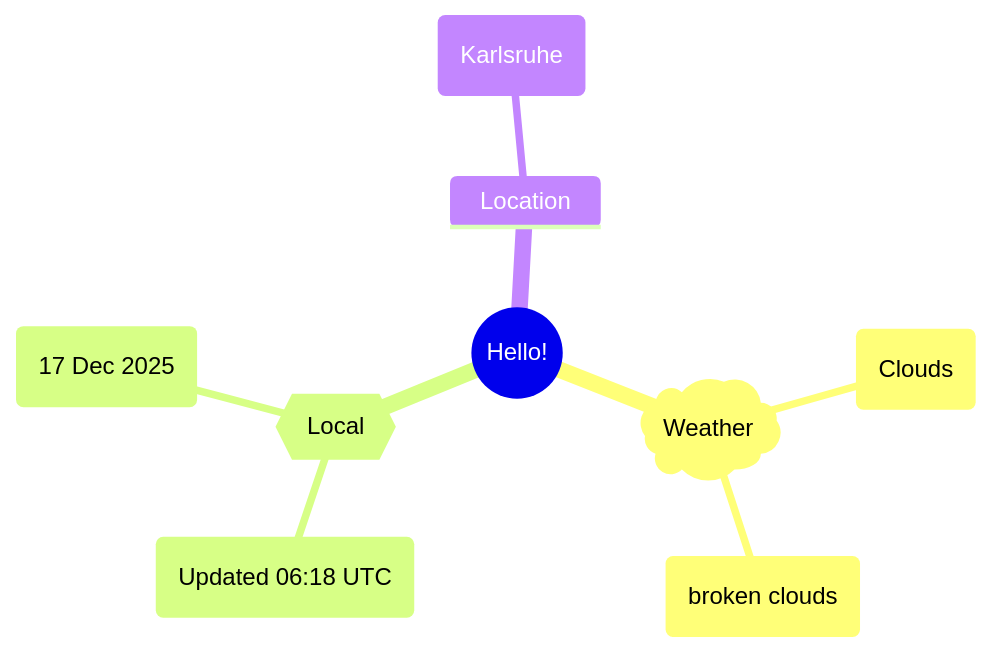
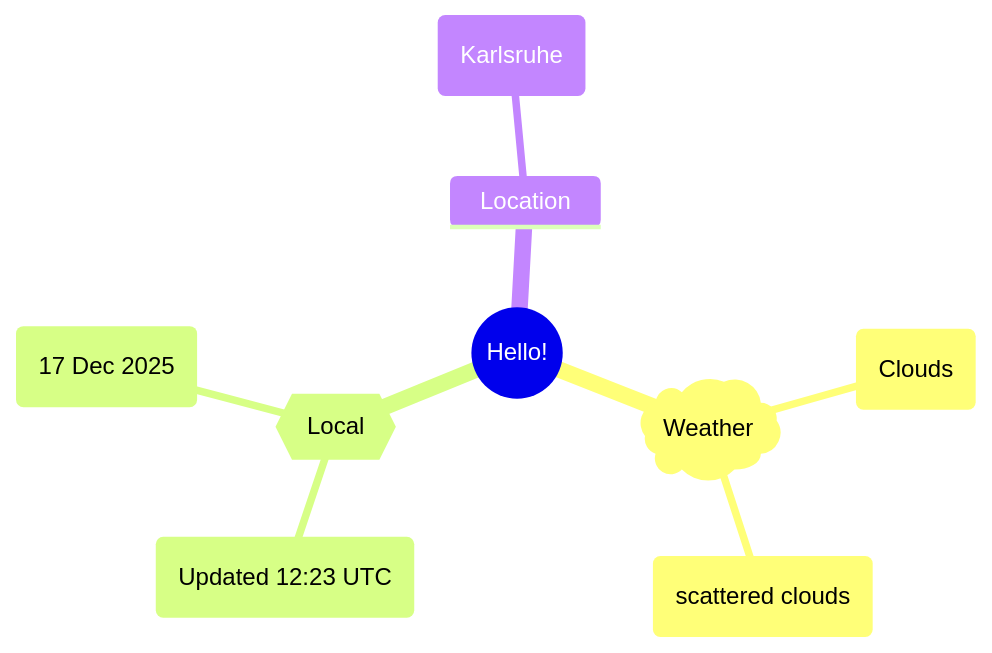
The first of 2 diagrams in README.md (Xosrov/Xosrov), drawn with Mermaid before and after one commit.

Commit message:
[bot] updated images

````diff
--- a/README.md
+++ b/README.md
@@ -3,12 +3,12 @@
 ```mermaid
 mindmap
   root((Hello!))
     )Weather(
         (Clouds)
-        (broken clouds)
+        (scattered clouds)
     {{Local}}
-        (Updated 06:18 UTC)
+        (Updated 12:23 UTC)
         (17 Dec 2025)
     Location
         (Karlsruhe)
 ```
````
